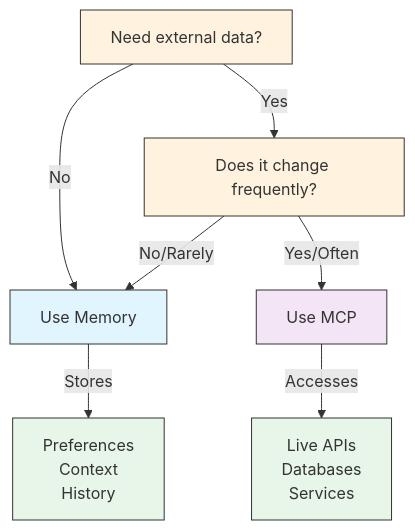
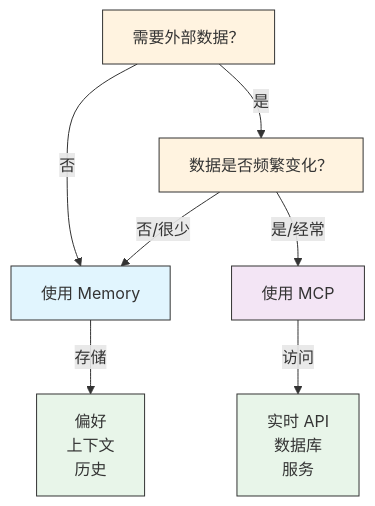
The fourth of 7 diagrams in 05-mcp/README.md (wgqi1126/claude-howto-zh-cn), drawn with Mermaid before and after one commit. The commit also changed other lines of this file and 58 other files, not shown here.

````diff
--- a/05-mcp/README.md
+++ b/05-mcp/README.md
@@ -593,18 +593,18 @@
 ```mermaid
 graph TD
-    A["Need external data?"]
-    A -->|No| B["Use Memory"]
-    A -->|Yes| C["Does it change frequently?"]
-    C -->|No/Rarely| B
-    C -->|Yes/Often| D["Use MCP"]
+    A["需要外部数据？"]
+    A -->|否| B["使用 Memory"]
+    A -->|是| C["数据是否频繁变化？"]
+    C -->|否/很少| B
+    C -->|是/经常| D["使用 MCP"]
 
-    B -->|Stores| E["Preferences<br/>Context<br/>History"]
-    D -->|Accesses| F["Live APIs<br/>Databases<br/>Services"]
+    B -->|存储| E["偏好<br/>上下文<br/>历史"]
+    D -->|访问| F["实时 API<br/>数据库<br/>服务"]
 
     style A fill:#fff3e0,stroke:#333,color:#333
     style B fill:#e1f5fe,stroke:#333,color:#333
     style C fill:#fff3e0,stroke:#333,color:#333
     style D fill:#f3e5f5,stroke:#333,color:#333
     style E fill:#e8f5e9,stroke:#333,color:#333
     style F fill:#e8f5e9,stroke:#333,color:#333
 ```
````
